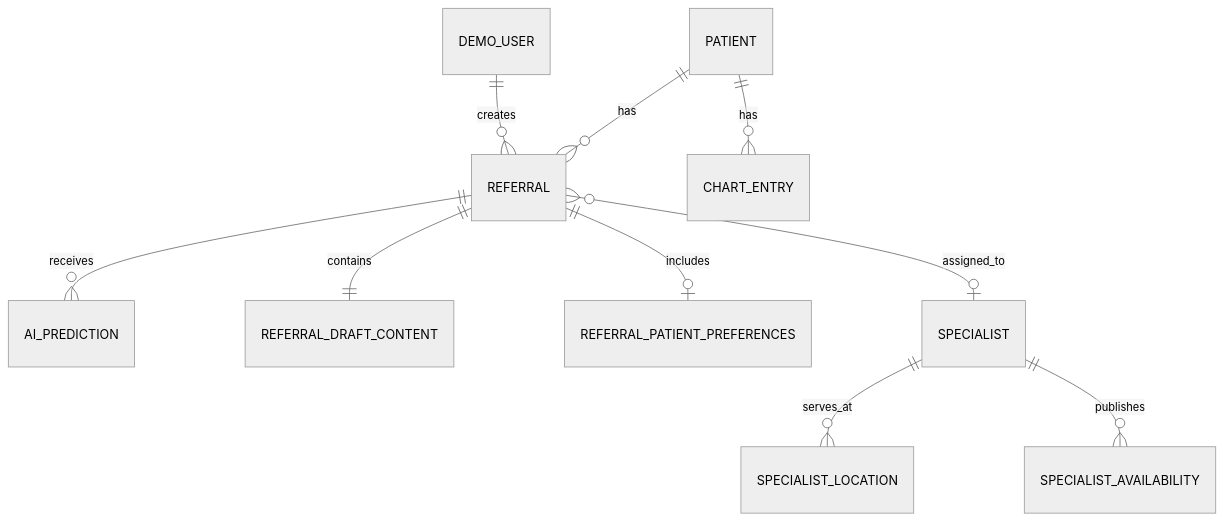
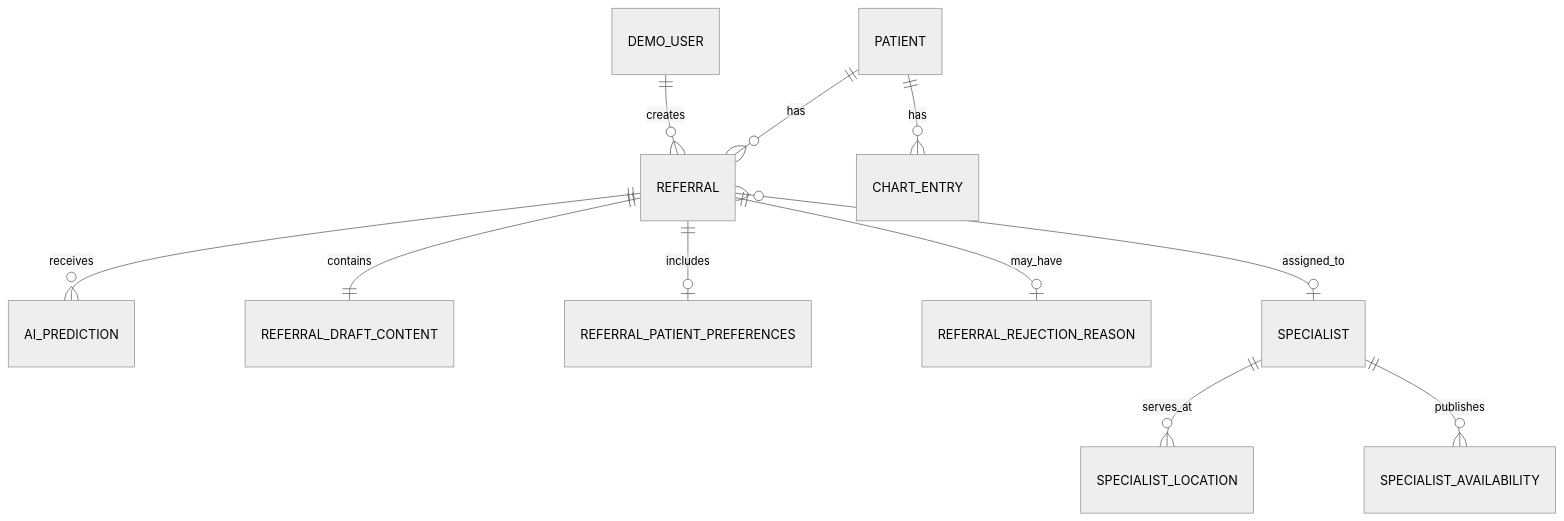
One commit to Souheil-Yazji/ReferOn changed the third of 3 diagrams in docs/master-document.md. Above: the diagram before and after it, drawn with Mermaid (neutral theme). The commit also changed other lines of this file, not shown here.

````diff
--- a/docs/master-document.md
+++ b/docs/master-document.md
@@ -299,12 +320,13 @@
 ```mermaid
 erDiagram
   DEMO_USER ||--o{ REFERRAL : creates
   PATIENT ||--o{ CHART_ENTRY : has
   PATIENT ||--o{ REFERRAL : has
   REFERRAL ||--o{ AI_PREDICTION : receives
   REFERRAL ||--|| REFERRAL_DRAFT_CONTENT : contains
   REFERRAL ||--o| REFERRAL_PATIENT_PREFERENCES : includes
+  REFERRAL ||--o| REFERRAL_REJECTION_REASON : may_have
   REFERRAL }o--o| SPECIALIST : assigned_to
   SPECIALIST ||--o{ SPECIALIST_LOCATION : serves_at
   SPECIALIST ||--o{ SPECIALIST_AVAILABILITY : publishes
 ```
````
